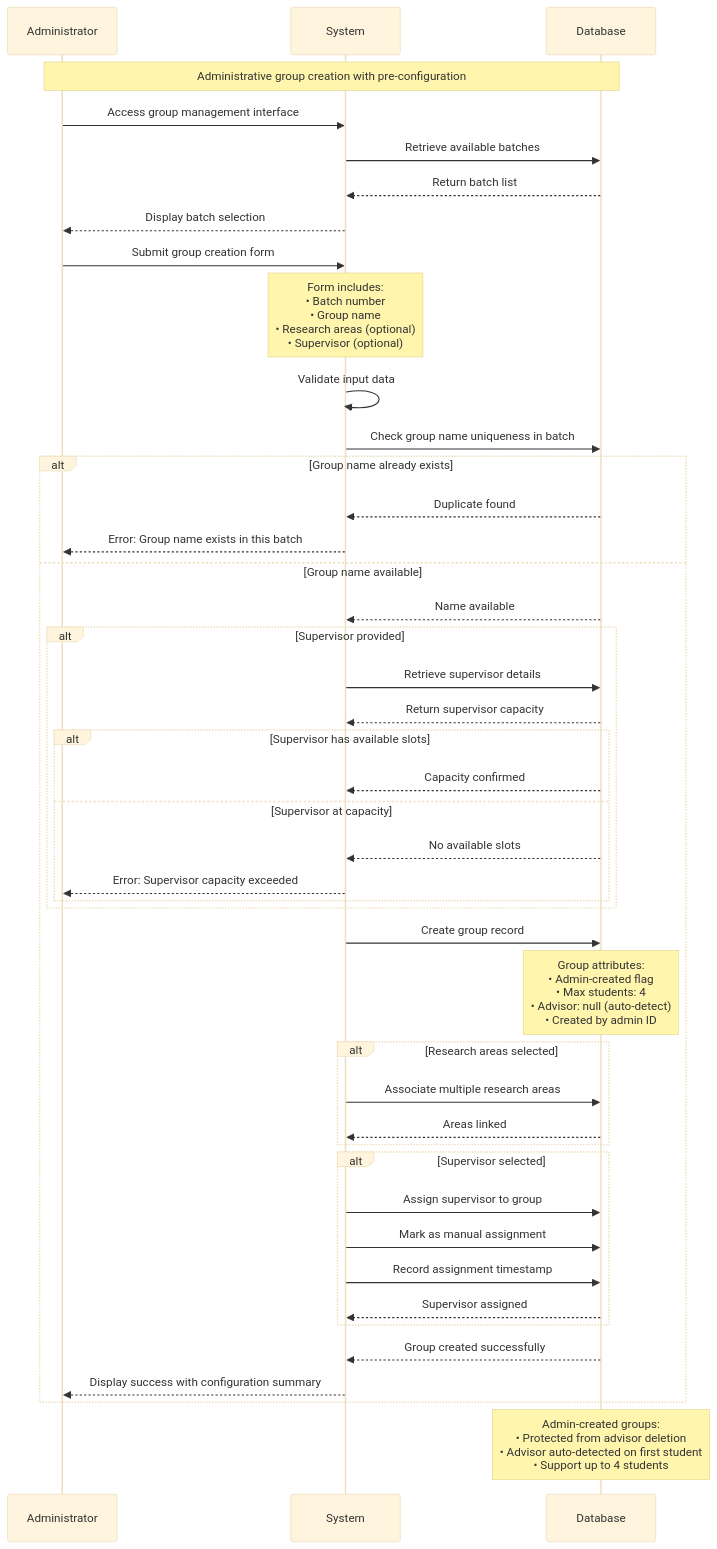
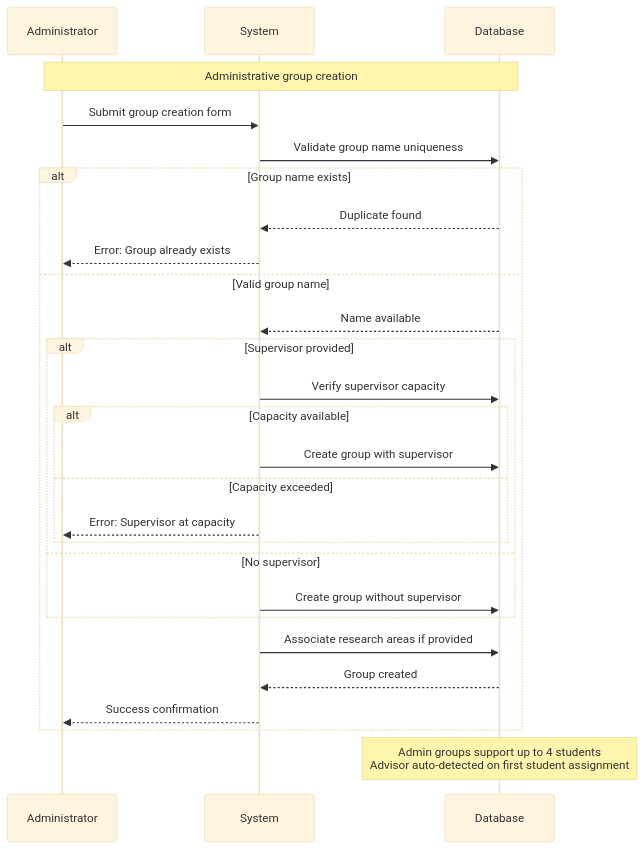
One commit to abdullah2323442/thesisrepo-backup changed diagram 27 of 37 in sequence-academic.md. Above: the diagram before and after it, drawn with Mermaid (base theme). The commit also changed other lines of this file, not shown here.

Commit message:
update sequence academic md

````diff
--- a/sequence-academic.md
+++ b/sequence-academic.md
@@ -872,58 +872,36 @@
 ```mermaid
 sequenceDiagram
     participant Administrator
     participant System
     participant Database
 
-    Note over Administrator,Database: Administrative group creation with pre-configuration
-    
-    Administrator->>System: Access group management interface
-    System->>Database: Retrieve available batches
-    Database-->>System: Return batch list
-    System-->>Administrator: Display batch selection
+    Note over Administrator,Database: Administrative group creation
     
     Administrator->>System: Submit group creation form
-    Note over System: Form includes:<br/>• Batch number<br/>• Group name<br/>• Research areas (optional)<br/>• Supervisor (optional)
+    System->>Database: Validate group name uniqueness
     
-    System->>System: Validate input data
-    System->>Database: Check group name uniqueness in batch
-    
-    alt Group name already exists
+    alt Group name exists
         Database-->>System: Duplicate found
-        System-->>Administrator: Error: Group name exists in this batch
-    else Group name available
+        System-->>Administrator: Error: Group already exists
+    else Valid group name
         Database-->>System: Name available
         
         alt Supervisor provided
-            System->>Database: Retrieve supervisor details
-            Database-->>System: Return supervisor capacity
+            System->>Database: Verify supervisor capacity
             
-            alt Supervisor has available slots
-                Database-->>System: Capacity confirmed
-            else Supervisor at capacity
-                Database-->>System: No available slots
-                System-->>Administrator: Error: Supervisor capacity exceeded
+            alt Capacity available
+                System->>Database: Create group with supervisor
+            else Capacity exceeded
+                System-->>Administrator: Error: Supervisor at capacity
             end
+        else No supervisor
+            System->>Database: Create group without supervisor
         end
         
-        System->>Database: Create group record
-        Note over Database: Group attributes:<br/>• Admin-created flag<br/>• Max students: 4<br/>• Advisor: null (auto-detect)<br/>• Created by admin ID
-        
-        alt Research areas selected
-            System->>Database: Associate multiple research areas
-            Database-->>System: Areas linked
-        end
-        
-        alt Supervisor selected
-            System->>Database: Assign supervisor to group
-            System->>Database: Mark as manual assignment
-            System->>Database: Record assignment timestamp
-            Database-->>System: Supervisor assigned
-        end
-        
-        Database-->>System: Group created successfully
-        System-->>Administrator: Display success with configuration summary
+        System->>Database: Associate research areas if provided
+        Database-->>System: Group created
+        System-->>Administrator: Success confirmation
     end
     
-    Note over Database: Admin-created groups:<br/>• Protected from advisor deletion<br/>• Advisor auto-detected on first student<br/>• Support up to 4 students
+    Note over Database: Admin groups support up to 4 students<br/>Advisor auto-detected on first student assignment
 ```
````
